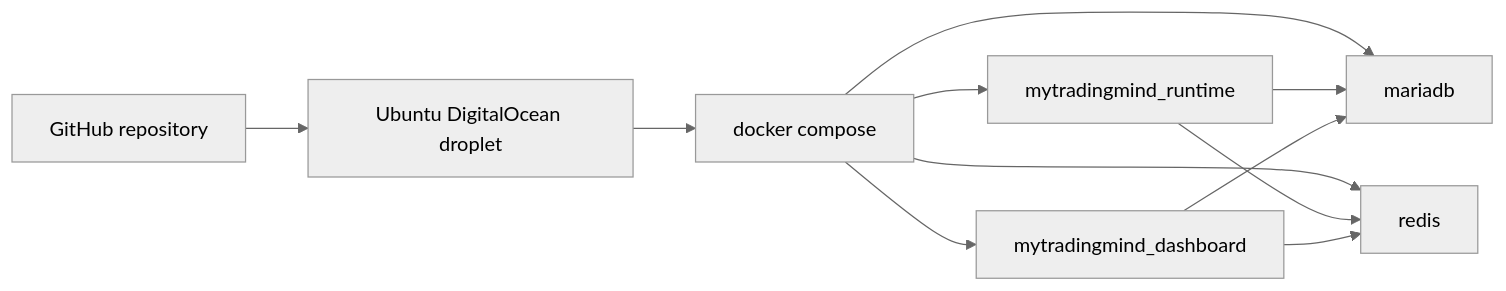
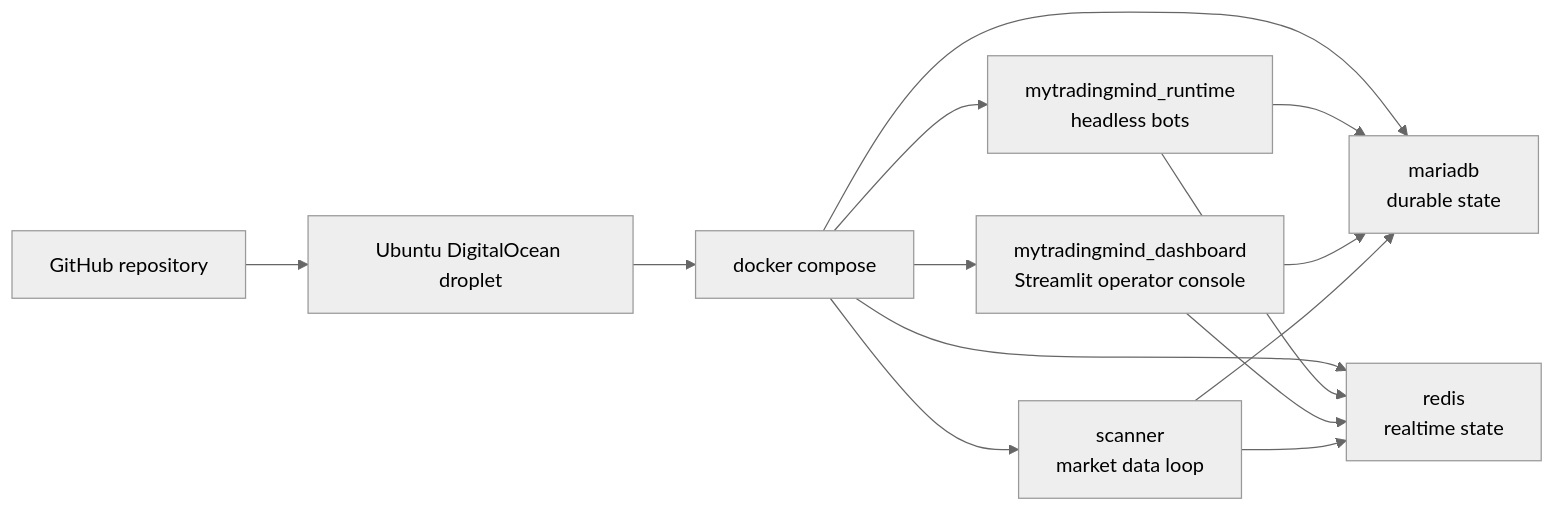
Before and after one commit to kaniampurath/mytradingmind-ai: the fourth of 4 diagrams in docs/ARCHITECTURE.md, drawn with Mermaid (neutral theme). The commit also changed other lines of this file, not shown here.

Commit message:
Expand layered architecture documentation

````diff
--- a/docs/ARCHITECTURE.md
+++ b/docs/ARCHITECTURE.md
@@ -99,13 +216,16 @@
 ```mermaid
 flowchart LR
     GitHub["GitHub repository"] --> Droplet["Ubuntu DigitalOcean droplet"]
     Droplet --> Compose["docker compose"]
-    Compose --> Runtime["mytradingmind_runtime"]
-    Compose --> UI["mytradingmind_dashboard"]
-    Compose --> DB["mariadb"]
-    Compose --> Cache["redis"]
+    Compose --> Runtime["mytradingmind_runtime<br/>headless bots"]
+    Compose --> UI["mytradingmind_dashboard<br/>Streamlit operator console"]
+    Compose --> DB["mariadb<br/>durable state"]
+    Compose --> Cache["redis<br/>realtime state"]
+    Compose --> Scanner["scanner<br/>market data loop"]
     Runtime --> DB
     Runtime --> Cache
     UI --> DB
     UI --> Cache
+    Scanner --> DB
+    Scanner --> Cache
 ```
````
